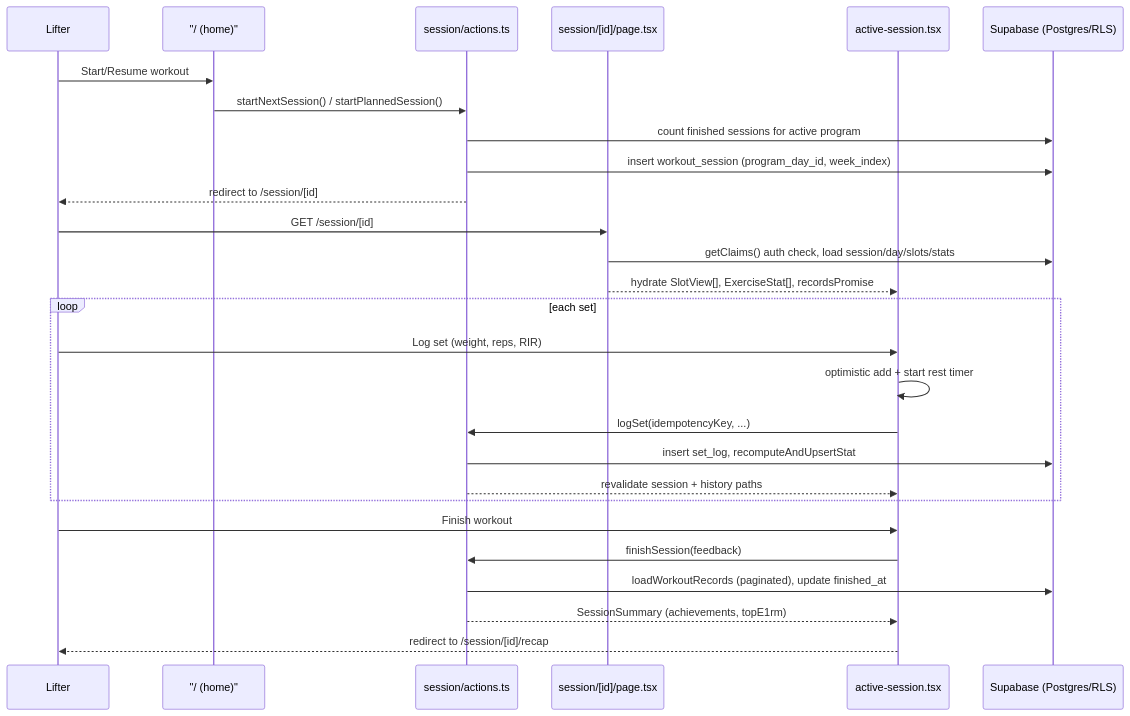
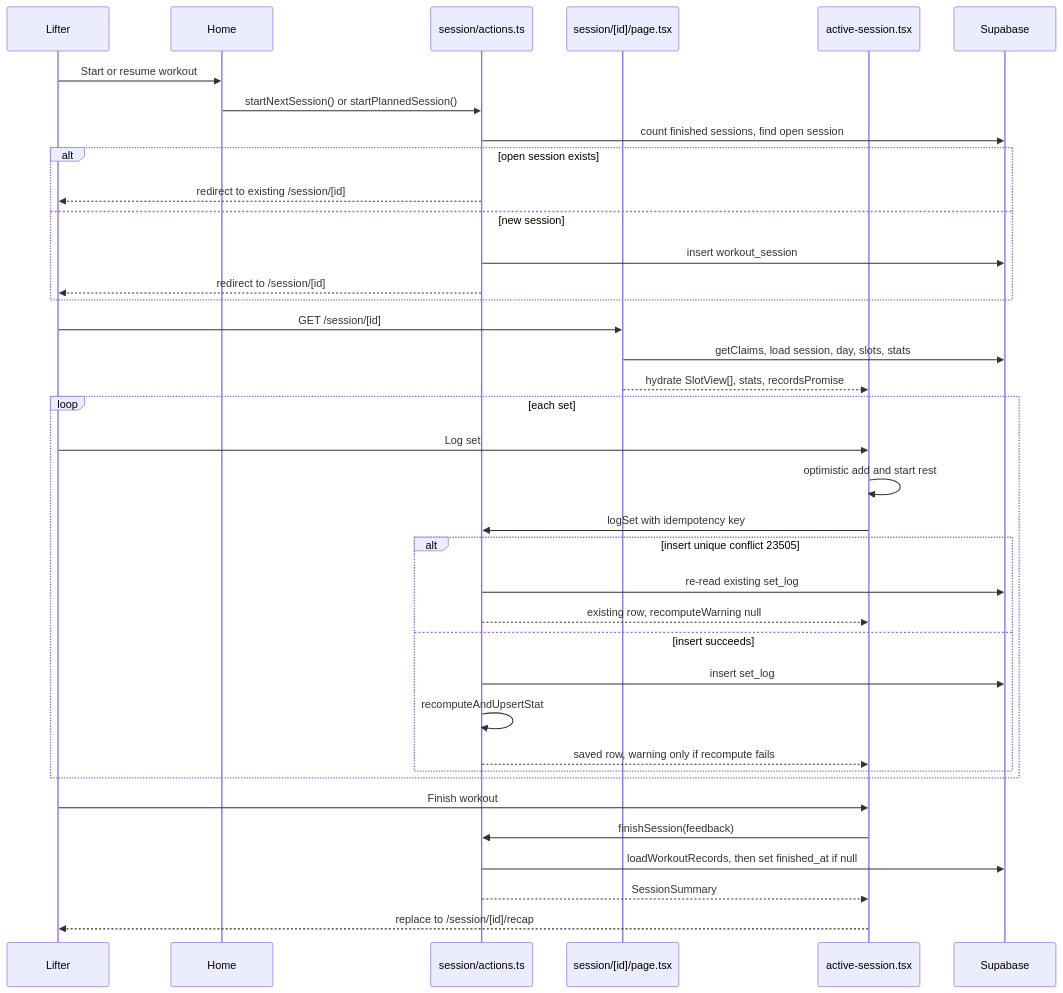
The first of 4 diagrams in openwiki/workflows/workout-session-lifecycle.md (jms-dcksn/lifting-app), drawn with Mermaid before and after one commit. The commit also changed other lines of this file and 40 other files, not shown here.

````diff
--- a/openwiki/workflows/workout-session-lifecycle.md
+++ b/openwiki/workflows/workout-session-lifecycle.md
@@ -18,30 +73,40 @@
 ```mermaid
 sequenceDiagram
     participant U as Lifter
-    participant Home as "/ (home)"
+    participant Home as Home
     participant Actions as session/actions.ts
     participant Page as session/[id]/page.tsx
     participant Client as active-session.tsx
-    participant DB as Supabase (Postgres/RLS)
+    participant DB as Supabase
 
-    U->>Home: Start/Resume workout
-    Home->>Actions: startNextSession() / startPlannedSession()
-    Actions->>DB: count finished sessions for active program
-    Actions->>DB: insert workout_session (program_day_id, week_index)
-    Actions-->>U: redirect to /session/[id]
+    U->>Home: Start or resume workout
+    Home->>Actions: startNextSession() or startPlannedSession()
+    Actions->>DB: count finished sessions, find open session
+    alt open session exists
+        Actions-->>U: redirect to existing /session/[id]
+    else new session
+        Actions->>DB: insert workout_session
+        Actions-->>U: redirect to /session/[id]
+    end
     U->>Page: GET /session/[id]
-    Page->>DB: getClaims() auth check, load session/day/slots/stats
-    Page-->>Client: hydrate SlotView[], ExerciseStat[], recordsPromise
+    Page->>DB: getClaims, load session, day, slots, stats
+    Page-->>Client: hydrate SlotView[], stats, recordsPromise
     loop each set
-        U->>Client: Log set (weight, reps, RIR)
-        Client->>Client: optimistic add + start rest timer
-        Client->>Actions: logSet(idempotencyKey, ...)
-        Actions->>DB: insert set_log, recomputeAndUpsertStat
-        Actions-->>Client: revalidate session + history paths
+        U->>Client: Log set
+        Client->>Client: optimistic add and start rest
+        Client->>Actions: logSet with idempotency key
+        alt insert unique conflict 23505
+            Actions->>DB: re-read existing set_log
+            Actions-->>Client: existing row, recomputeWarning null
+        else insert succeeds
+            Actions->>DB: insert set_log
+            Actions->>Actions: recomputeAndUpsertStat
+            Actions-->>Client: saved row, warning only if recompute fails
+        end
     end
     U->>Client: Finish workout
     Client->>Actions: finishSession(feedback)
-    Actions->>DB: loadWorkoutRecords (paginated), update finished_at
-    Actions-->>Client: SessionSummary (achievements, topE1rm)
-    Client-->>U: redirect to /session/[id]/recap
+    Actions->>DB: loadWorkoutRecords, then set finished_at if null
+    Actions-->>Client: SessionSummary
+    Client-->>U: replace to /session/[id]/recap
 ```
````
